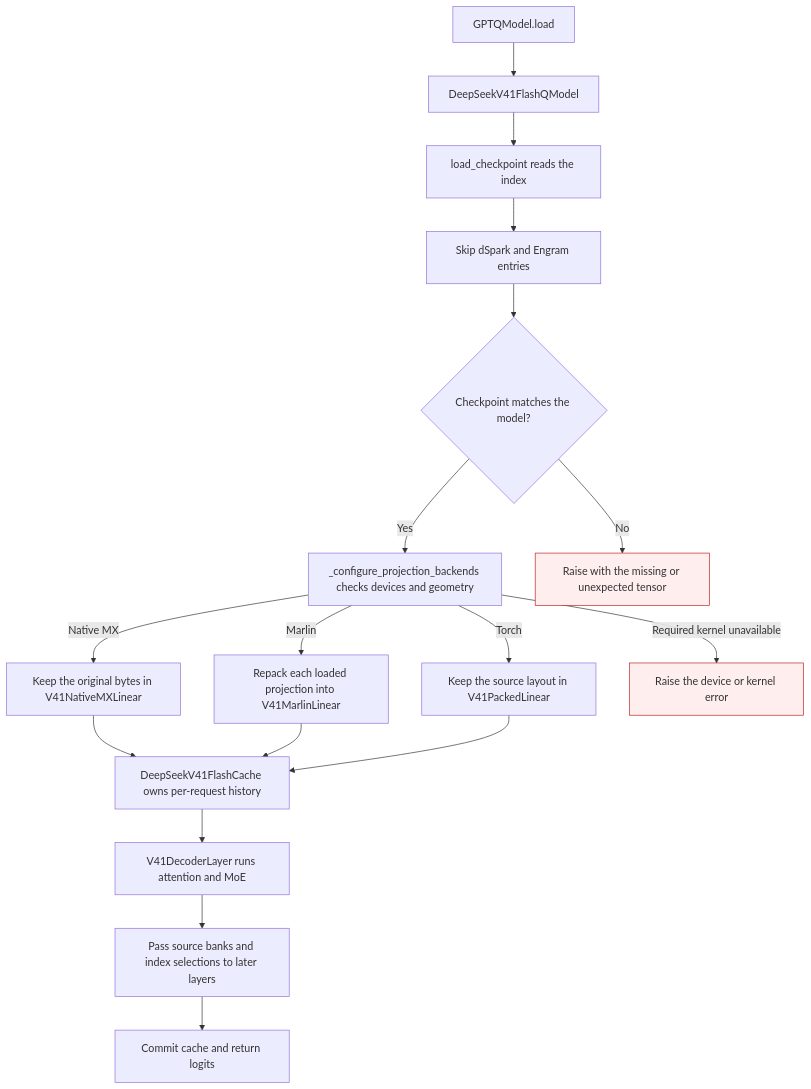
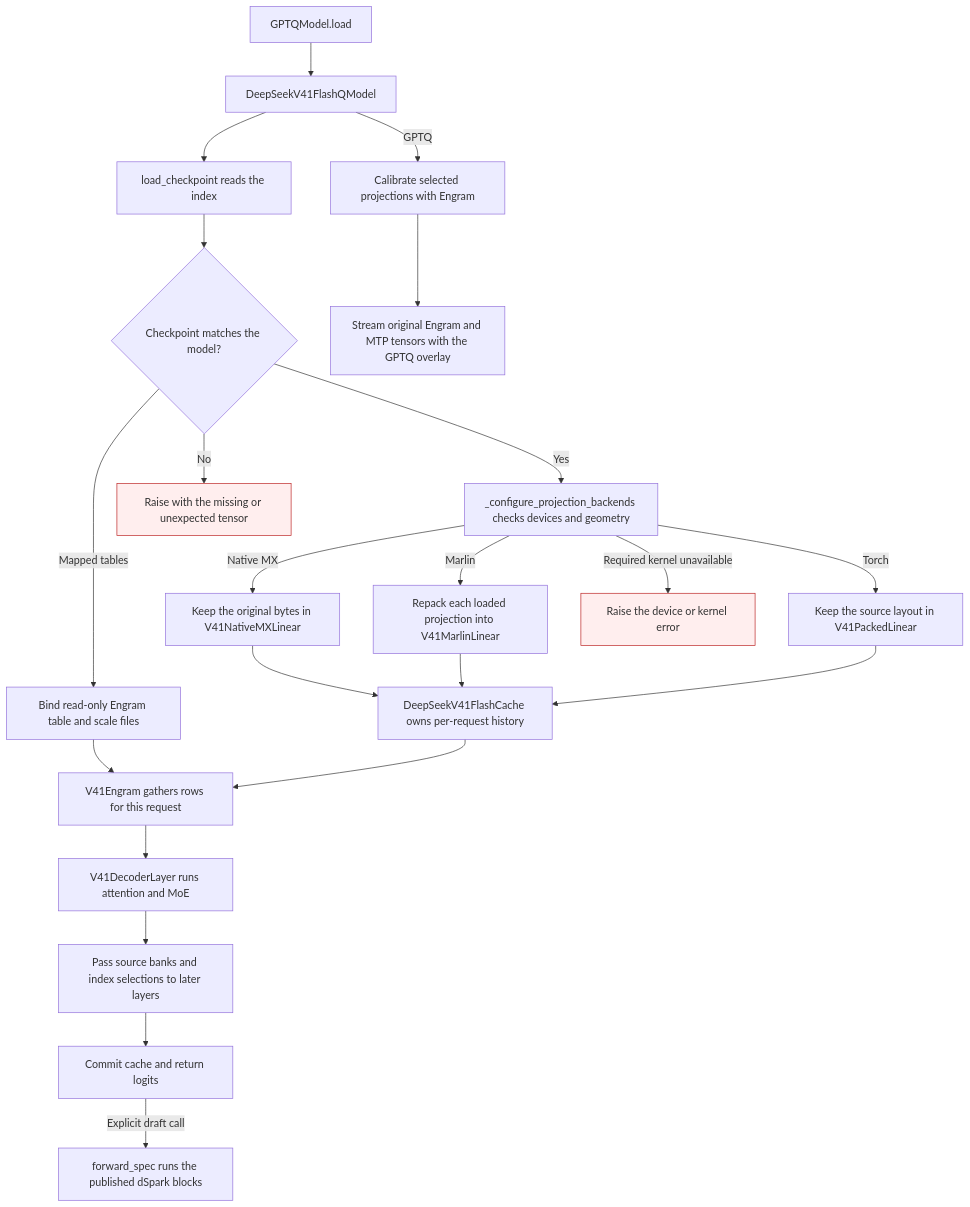
The diagram in docs/deepseek-v41-module-inventory.md (ModelCloud/GPTQModel), drawn with Mermaid before and after one commit. The commit also changed other lines of this file and 10 other files, not shown here.

Commit message:
Restore DeepSeek V4.1 Engram and preserve dSpark through GPTQ

````diff
--- a/docs/deepseek-v41-module-inventory.md
+++ b/docs/deepseek-v41-module-inventory.md
@@ -178,21 +224,26 @@
 ```mermaid
 flowchart TD
     LOAD["GPTQModel.load"] --> DEF["DeepSeekV41FlashQModel"]
     DEF --> IDX["load_checkpoint reads the index"]
-    IDX --> FILTER["Skip dSpark and Engram entries"]
-    FILTER --> MATCH{"Checkpoint matches the model?"}
+    IDX --> MATCH{"Checkpoint matches the model?"}
     MATCH -->|"Yes"| SELECT["_configure_projection_backends checks devices and geometry"]
     MATCH -->|"No"| ERROR["Raise with the missing or unexpected tensor"]
+    MATCH -->|"Mapped tables"| TABLE["Bind read-only Engram table and scale files"]
     SELECT -->|"Native MX"| MX["Keep the original bytes in V41NativeMXLinear"]
     SELECT -->|"Marlin"| PACK["Repack each loaded projection into V41MarlinLinear"]
     SELECT -->|"Torch"| TORCH["Keep the source layout in V41PackedLinear"]
     SELECT -->|"Required kernel unavailable"| KERNEL_ERROR["Raise the device or kernel error"]
     MX --> STATE
     PACK --> STATE["DeepSeekV41FlashCache owns per-request history"]
     TORCH --> STATE
-    STATE --> LAYER["V41DecoderLayer runs attention and MoE"]
+    TABLE --> ENGRAM["V41Engram gathers rows for this request"]
+    STATE --> ENGRAM
+    ENGRAM --> LAYER["V41DecoderLayer runs attention and MoE"]
     LAYER --> KV["Pass source banks and index selections to later layers"]
     KV --> OUT["Commit cache and return logits"]
+    OUT -->|"Explicit draft call"| DRAFT["forward_spec runs the published dSpark blocks"]
+    DEF -->|"GPTQ"| CAL["Calibrate selected projections with Engram"]
+    CAL --> SAVE["Stream original Engram and MTP tensors with the GPTQ overlay"]
     style ERROR fill:#fee,stroke:#b22
     style KERNEL_ERROR fill:#fee,stroke:#b22
 ```
````
